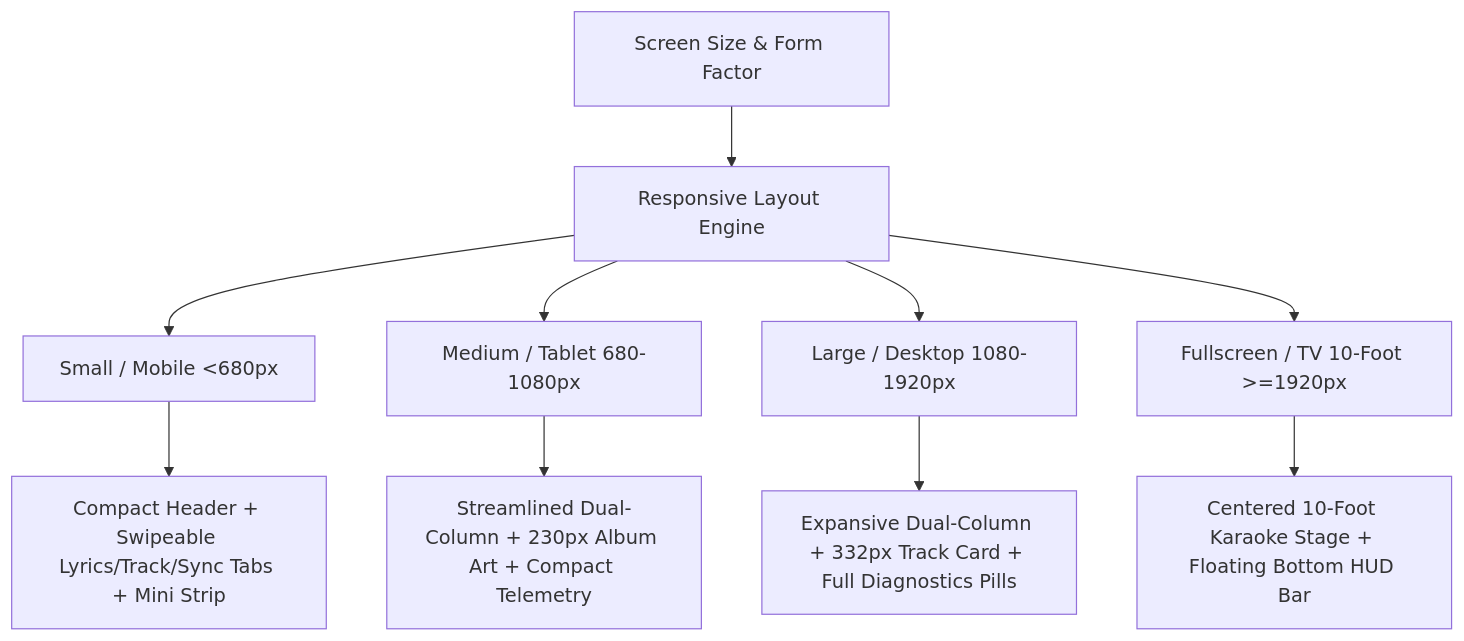
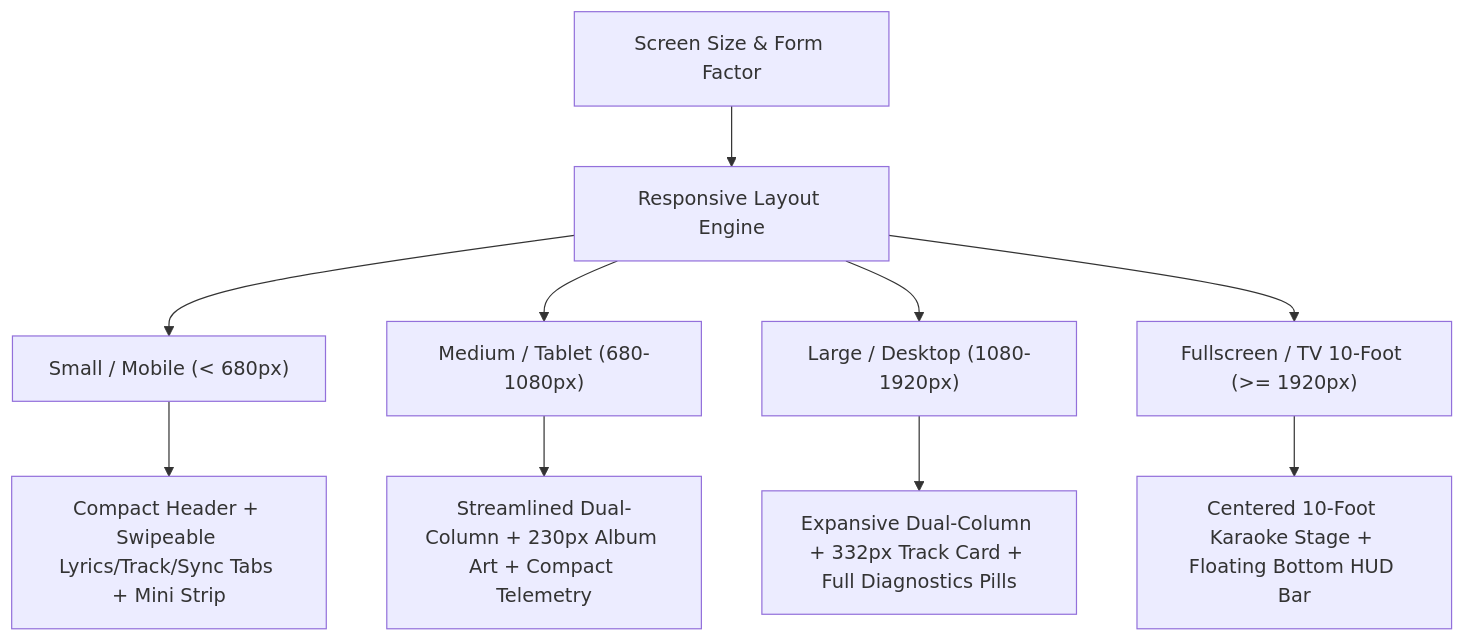
One commit to jav76/Cantus changed the diagram in docs/user-guide/playback-and-display.md. Above: the diagram before and after it, drawn with Mermaid. The commit also changed 11 other files, not shown here.

Commit message:
feat: add MathJax support for documentation and update repository metadata and architectural diagrams

````diff
--- a/docs/user-guide/playback-and-display.md
+++ b/docs/user-guide/playback-and-display.md
@@ -11,13 +11,13 @@
 ```mermaid
 flowchart TD
-    Screen[Screen Size & Form Factor] --> RLM[Responsive Layout Engine]
-    RLM --> Small[Small / Mobile &lt;680px]
-    RLM --> Medium[Medium / Tablet 680-1080px]
-    RLM --> Large[Large / Desktop 1080-1920px]
-    RLM --> TV[Fullscreen / TV 10-Foot &gt;=1920px]
+    Screen["Screen Size & Form Factor"] --> RLM["Responsive Layout Engine"]
+    RLM --> Small["Small / Mobile (< 680px)"]
+    RLM --> Medium["Medium / Tablet (680-1080px)"]
+    RLM --> Large["Large / Desktop (1080-1920px)"]
+    RLM --> TV["Fullscreen / TV 10-Foot (>= 1920px)"]
 
-    Small --> S_View[Compact Header + Swipeable Lyrics/Track/Sync Tabs + Mini Strip]
-    Medium --> M_View[Streamlined Dual-Column + 230px Album Art + Compact Telemetry]
-    Large --> L_View[Expansive Dual-Column + 332px Track Card + Full Diagnostics Pills]
-    TV --> TV_View[Centered 10-Foot Karaoke Stage + Floating Bottom HUD Bar]
+    Small --> S_View["Compact Header + Swipeable Lyrics/Track/Sync Tabs + Mini Strip"]
+    Medium --> M_View["Streamlined Dual-Column + 230px Album Art + Compact Telemetry"]
+    Large --> L_View["Expansive Dual-Column + 332px Track Card + Full Diagnostics Pills"]
+    TV --> TV_View["Centered 10-Foot Karaoke Stage + Floating Bottom HUD Bar"]
 ```
````
